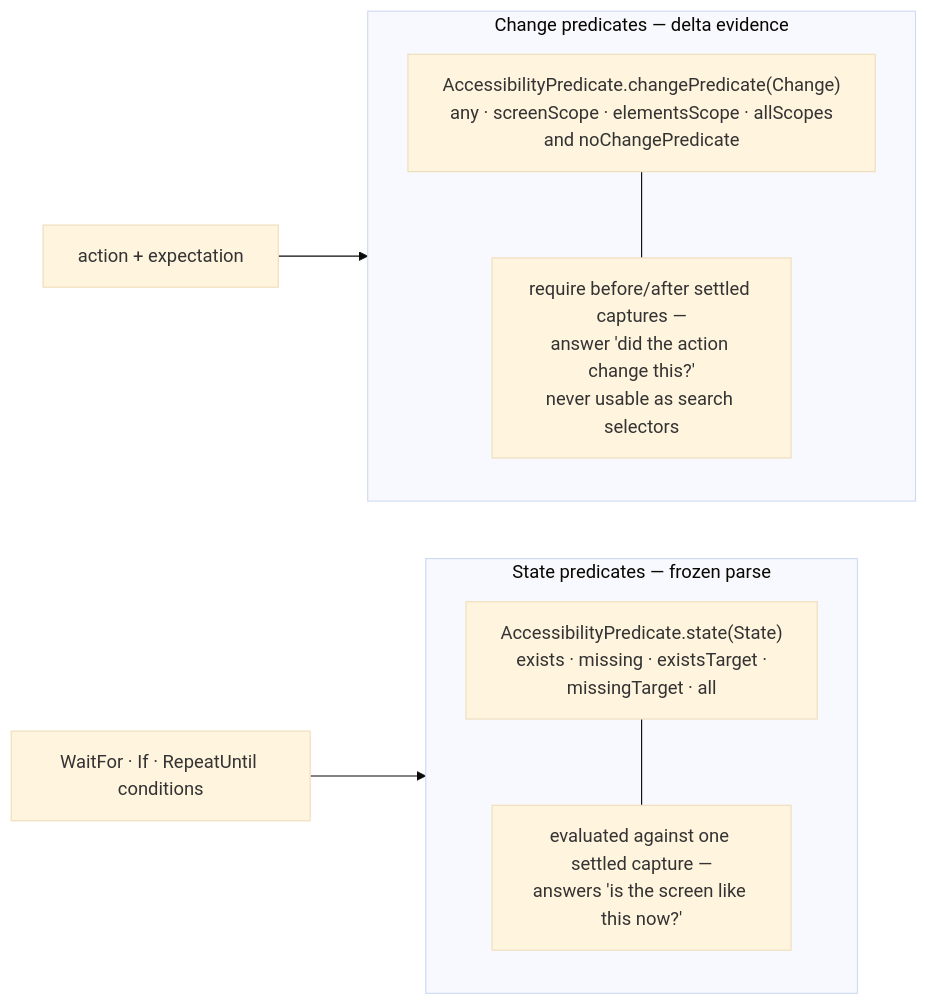
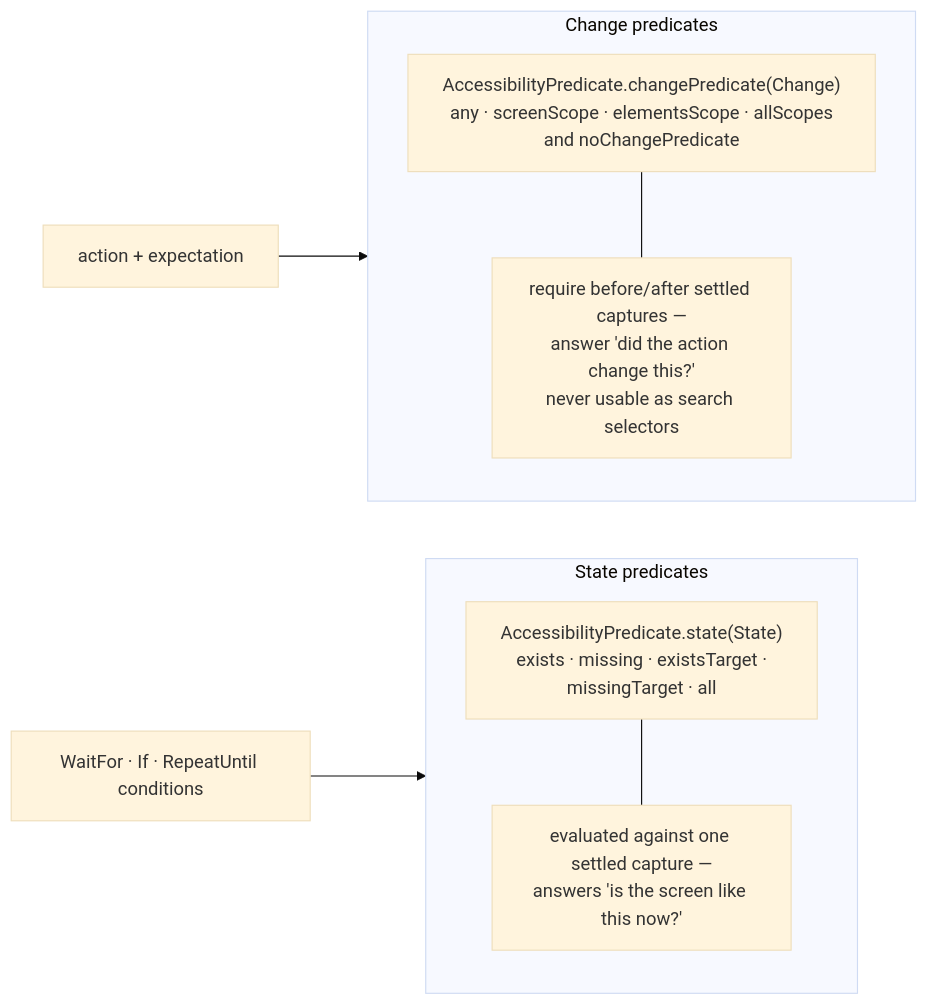
The second of 2 diagrams in docs/diagrams/dsl-grammar.md (RoyalPineapple/TheButtonHeist), drawn with Mermaid (base theme) before and after one commit. The commit also changed other lines of this file and 5 other files, not shown here.

First line of the commit message:
Polish diagram layouts after visual render review

````diff
--- a/docs/diagrams/dsl-grammar.md
+++ b/docs/diagrams/dsl-grammar.md
@@ -55,15 +55,15 @@
 ```mermaid
 flowchart LR
-    subgraph statep["State predicates — frozen parse"]
+    subgraph statep["State predicates"]
         STATE["AccessibilityPredicate.state(State)<br/>exists · missing · existsTarget ·<br/>missingTarget · all"]
         NOTE1["evaluated against one settled capture —<br/>answers 'is the screen like this now?'"]
         STATE --- NOTE1
     end
-    subgraph changep["Change predicates — delta evidence"]
+    subgraph changep["Change predicates"]
         CHANGE["AccessibilityPredicate.changePredicate(Change)<br/>any · screenScope · elementsScope · allScopes<br/>and noChangePredicate"]
         NOTE2["require before/after settled captures —<br/>answer 'did the action change this?'<br/>never usable as search selectors"]
         CHANGE --- NOTE2
     end
     ACTIONK["action + expectation"] --> changep
     WAITK["WaitFor · If · RepeatUntil conditions"] --> statep
 ```
````
